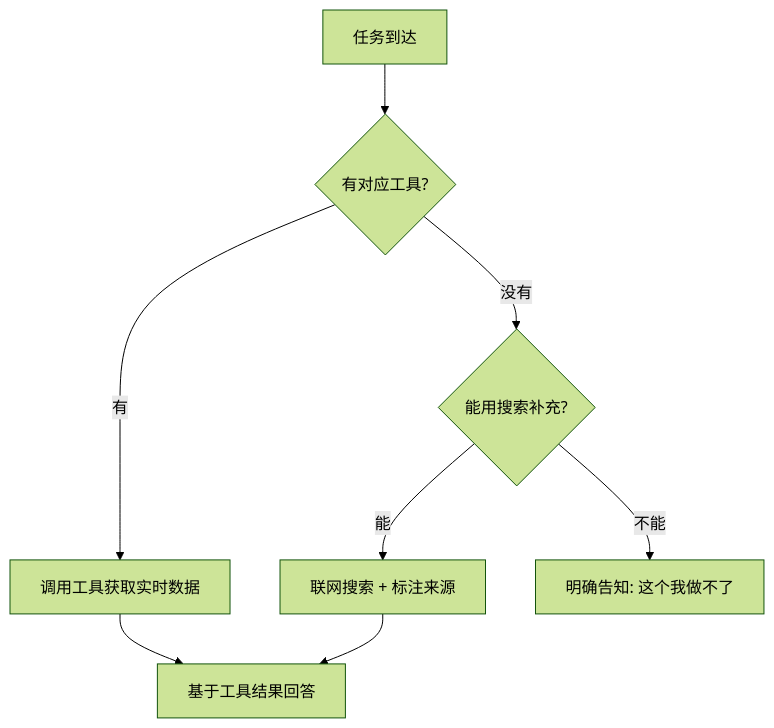
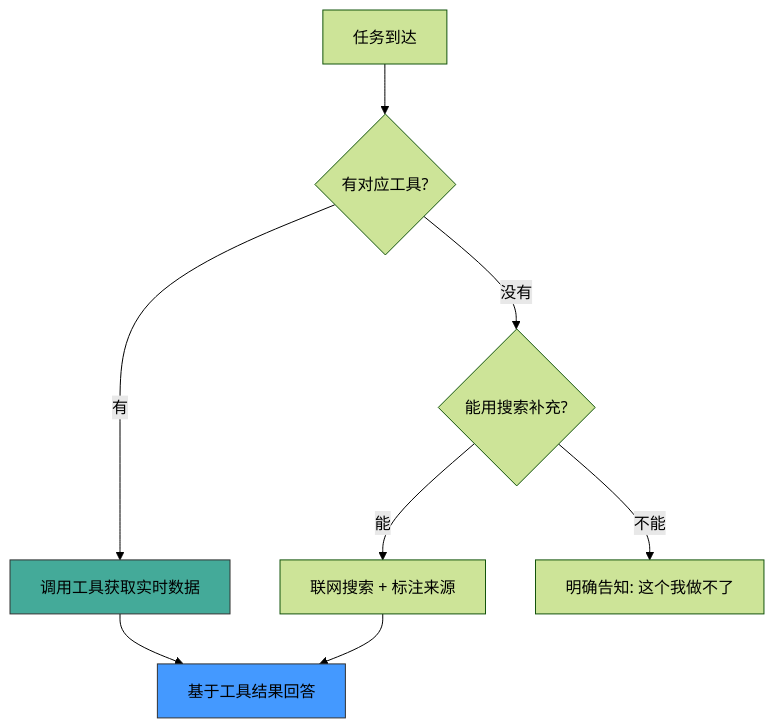
The second of 5 diagrams in docs/专题-agent-self-check-four-locks.md (Succh/MiClaw-AI-Blog), drawn with Mermaid (forest theme) before and after one commit. The commit also changed other lines of this file, not shown here.

Commit message:
feat: Agent自检四道锁机制增加Mermaid可视化图表

````diff
--- a/docs/专题-agent-self-check-four-locks.md
+++ b/docs/专题-agent-self-check-four-locks.md
@@ -81,10 +78,12 @@
 ```mermaid
 flowchart TD
     A[任务到达] --> B{有对应工具?}
     B -->|有| C[调用工具获取实时数据]
     B -->|没有| D{能用搜索补充?}
     D -->|能| E[联网搜索 + 标注来源]
     D -->|不能| F[明确告知: 这个我做不了]
     C --> G[基于工具结果回答]
     E --> G
+    style C fill:#4a9,stroke:#333
+    style G fill:#49f,stroke:#333
 ```
````
